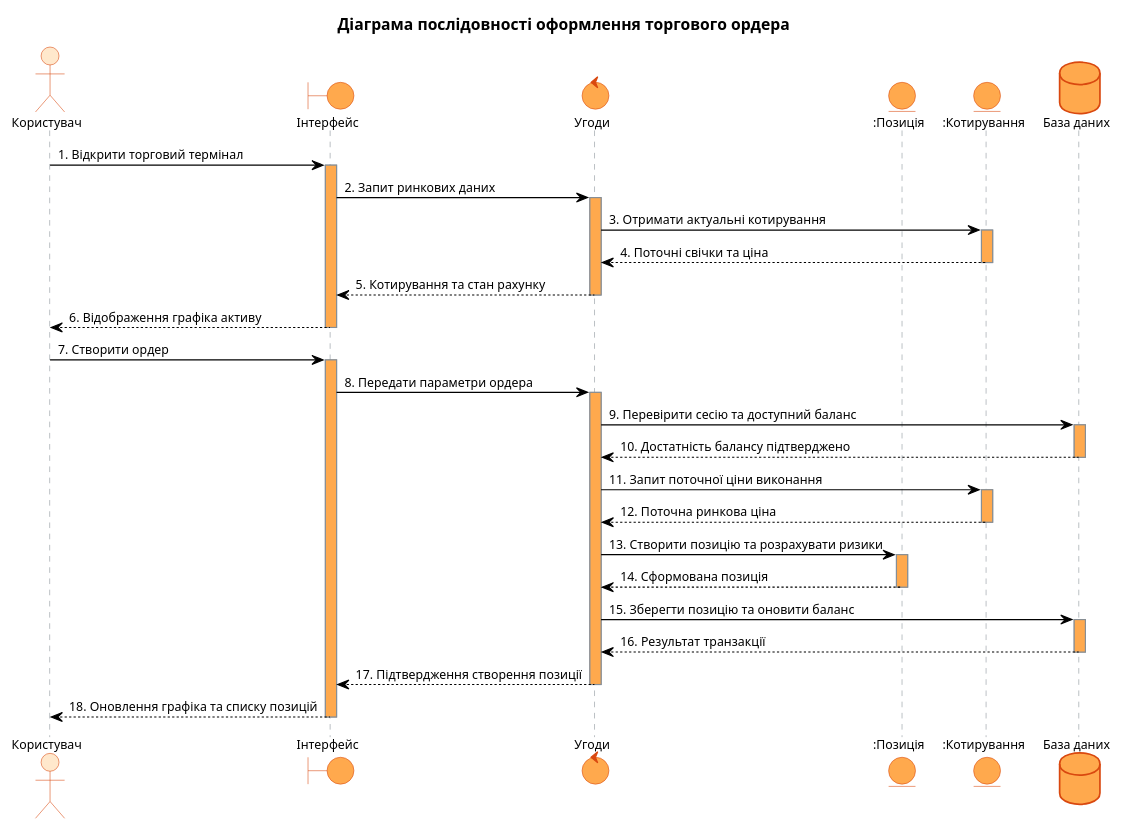
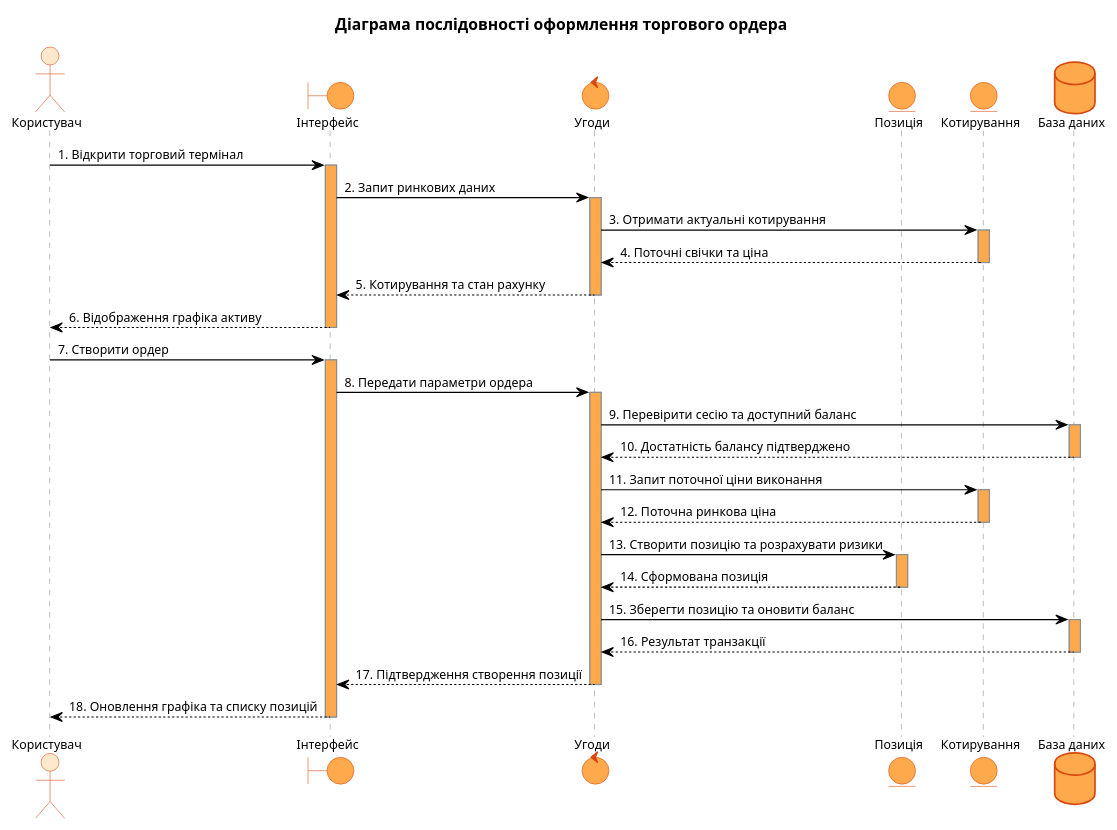
One commit to Hast1k/bygigabit changed the diagram in diagrams/puml/06_sequence_diagram.puml. Above: the diagram before and after it, drawn with PlantUML. The commit also changed 8 other files, not shown here.

Commit message:
fix(diagrams): remove colon prefixes and optimize communication diagram component layout

```diff
--- a/diagrams/puml/06_sequence_diagram.puml
+++ b/diagrams/puml/06_sequence_diagram.puml
@@ -1,97 +1,97 @@
 @startuml
 skinparam backgroundColor #FFFFFF
 skinparam defaultFontName Arial
 skinparam defaultFontSize 11
 skinparam roundCorner 0
 skinparam shadowing false
 
 skinparam sequence {
     arrowColor #000000
     arrowFontColor #000000
     lifeLineBorderColor #868E96
     lifeLineBackgroundColor #FFA94D
 }
 skinparam participant {
     borderColor #D9480F
     backgroundColor #FFA94D
     fontColor #000000
     fontStyle bold
 }
 skinparam actor {
     borderColor #D9480F
     backgroundColor #FFE8CC
     fontColor #000000
 }
 skinparam boundary {
     borderColor #D9480F
     backgroundColor #FFA94D
     fontColor #000000
 }
 skinparam control {
     borderColor #D9480F
     backgroundColor #FFA94D
     fontColor #000000
 }
 skinparam entity {
     borderColor #D9480F
     backgroundColor #FFA94D
     fontColor #000000
 }
 skinparam database {
     borderColor #D9480F
     backgroundColor #FFA94D
     fontColor #000000
 }
 
 title **Діаграма послідовності оформлення торгового ордера**
 
 actor "Користувач" as User
 boundary "Інтерфейс" as UI
 control "Угоди" as Orders
-entity ":Позиція" as Position
-entity ":Котирування" as Market
+entity "Позиція" as Position
+entity "Котирування" as Market
 database "База даних" as DB
 
 User -> UI : 1. Відкрити торговий термінал
 activate UI
 UI -> Orders : 2. Запит ринкових даних
 activate Orders
 Orders -> Market : 3. Отримати актуальні котирування
 activate Market
 Market --> Orders : 4. Поточні свічки та ціна
 deactivate Market
 Orders --> UI : 5. Котирування та стан рахунку
 deactivate Orders
 UI --> User : 6. Відображення графіка активу
 deactivate UI
 
 User -> UI : 7. Створити ордер
 activate UI
 UI -> Orders : 8. Передати параметри ордера
 activate Orders
 
 Orders -> DB : 9. Перевірити сесію та доступний баланс
 activate DB
 DB --> Orders : 10. Достатність балансу підтверджено
 deactivate DB
 
 Orders -> Market : 11. Запит поточної ціни виконання
 activate Market
 Market --> Orders : 12. Поточна ринкова ціна
 deactivate Market
 
 Orders -> Position : 13. Створити позицію та розрахувати ризики
 activate Position
 Position --> Orders : 14. Сформована позиція
 deactivate Position
 
 Orders -> DB : 15. Зберегти позицію та оновити баланс
 activate DB
 DB --> Orders : 16. Результат транзакції
 deactivate DB
 
 Orders --> UI : 17. Підтвердження створення позиції
 deactivate Orders
 UI --> User : 18. Оновлення графіка та списку позицій
 deactivate UI
 @enduml
```
